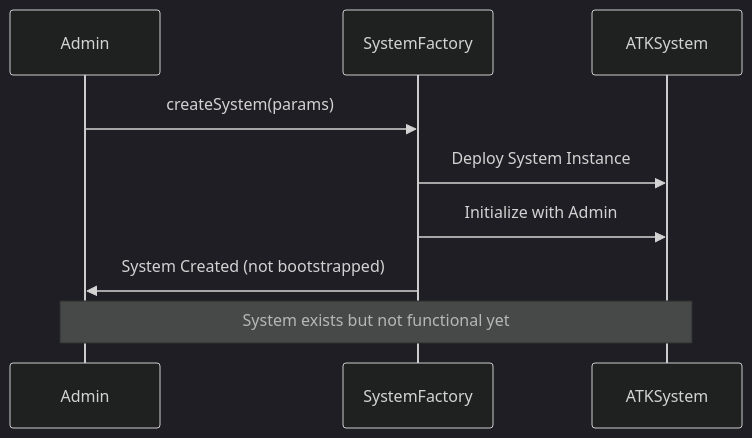
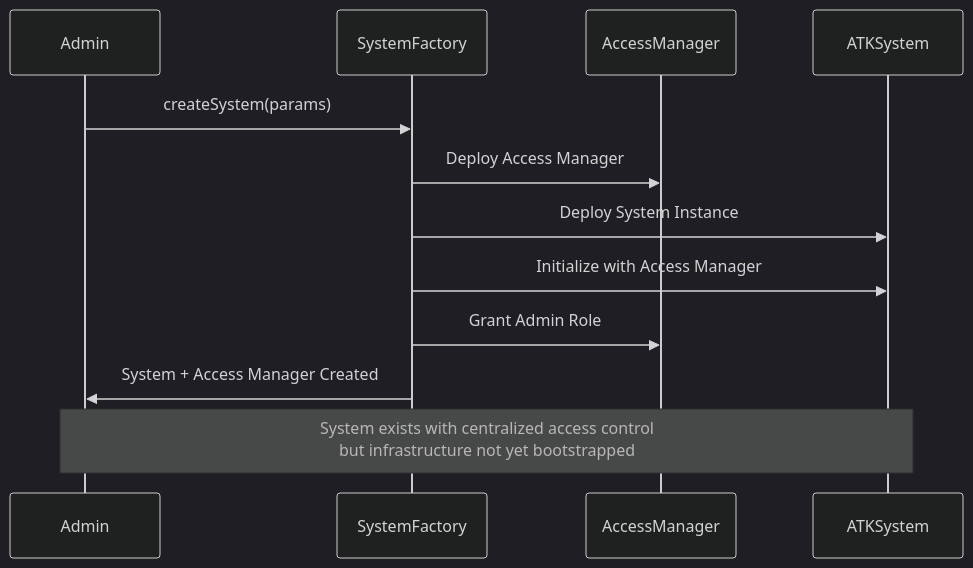
One commit to settlemint/asset-tokenization-kit changed the fifth of 9 diagrams in kit/contracts/contracts/system/README.md. Above: the diagram before and after it, drawn with Mermaid (dark theme). The commit also changed other lines of this file and 8 other files, not shown here.

````diff
--- a/kit/contracts/contracts/system/README.md
+++ b/kit/contracts/contracts/system/README.md
@@ -393,13 +448,16 @@
 ```mermaid
 sequenceDiagram
     participant Admin
     participant SystemFactory
+    participant AccessManager
     participant ATKSystem
 
     Admin->>SystemFactory: createSystem(params)
+    SystemFactory->>AccessManager: Deploy Access Manager
     SystemFactory->>ATKSystem: Deploy System Instance
-    SystemFactory->>ATKSystem: Initialize with Admin
-    SystemFactory->>Admin: System Created (not bootstrapped)
+    SystemFactory->>ATKSystem: Initialize with Access Manager
+    SystemFactory->>AccessManager: Grant Admin Role
+    SystemFactory->>Admin: System + Access Manager Created
 
-    Note over Admin,ATKSystem: System exists but not functional yet
+    Note over Admin,ATKSystem: System exists with centralized access control<br/>but infrastructure not yet bootstrapped
 ```
````
